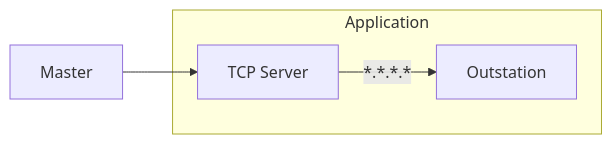
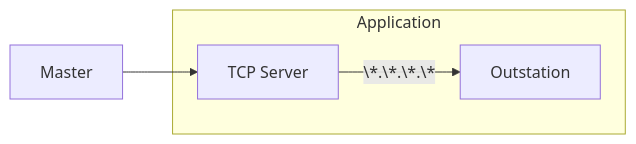
One commit to stepfunc/dnp3 changed the second of 2 diagrams in guide/docs/api/outstation/tcp_server.mdx. Above: the diagram before and after it, drawn with Mermaid. The commit also changed 2 other files, not shown here.

Commit message:
Add mermaid diagram styling to match guide theme (#391)

````diff
--- a/guide/docs/api/outstation/tcp_server.mdx
+++ b/guide/docs/api/outstation/tcp_server.mdx
@@ -146,7 +146,7 @@
 ```mermaid
 graph LR
-A[Master] --> B[TCP Server ]
+A[Master] --> B[TCP Server]
 subgraph Application
-B --*.*.*.*--> c[Outstation]
+B -->|\*.\*.\*.\*| c[Outstation]
 end
 ```
````
